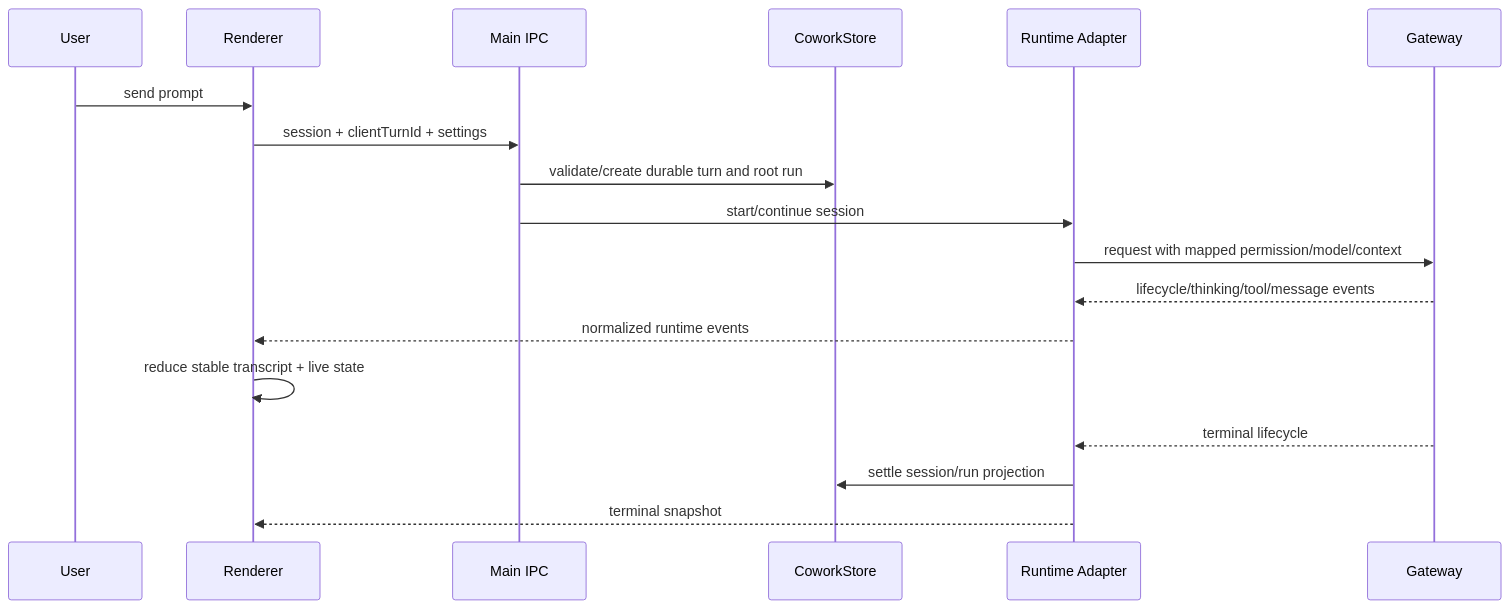
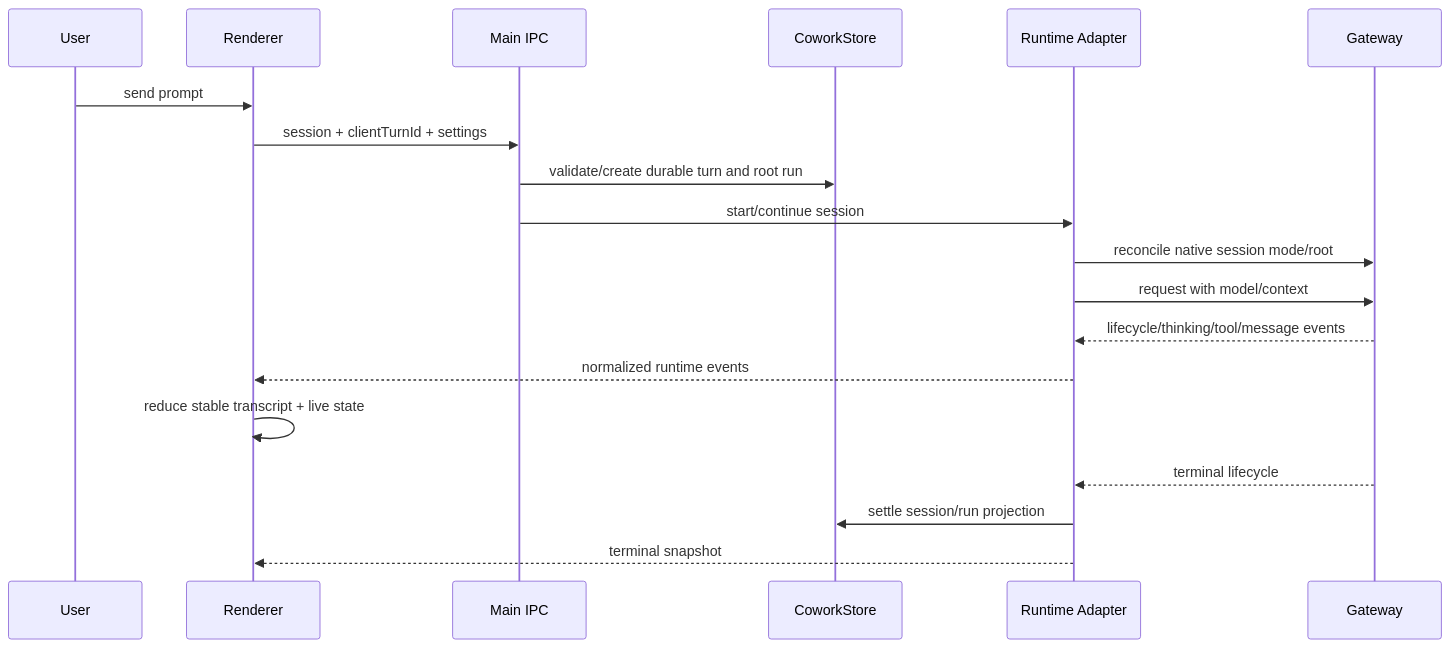
Before and after one commit to liangxhao/JustDo: the third of 3 diagrams in docs/features/current-state-v2026.8.10.md, drawn with Mermaid. The commit also changed other lines of this file and 87 other files, not shown here.

````diff
--- a/docs/features/current-state-v2026.8.10.md
+++ b/docs/features/current-state-v2026.8.10.md
@@ -203,21 +203,22 @@
 ```mermaid
 sequenceDiagram
   participant U as User
   participant R as Renderer
   participant I as Main IPC
   participant S as CoworkStore
   participant A as Runtime Adapter
   participant G as Gateway
 
   U->>R: send prompt
   R->>I: session + clientTurnId + settings
   I->>S: validate/create durable turn and root run
   I->>A: start/continue session
-  A->>G: request with mapped permission/model/context
+  A->>G: reconcile native session mode/root
+  A->>G: request with model/context
   G-->>A: lifecycle/thinking/tool/message events
   A-->>R: normalized runtime events
   R->>R: reduce stable transcript + live state
   G-->>A: terminal lifecycle
   A->>S: settle session/run projection
   A-->>R: terminal snapshot
 ```
````
